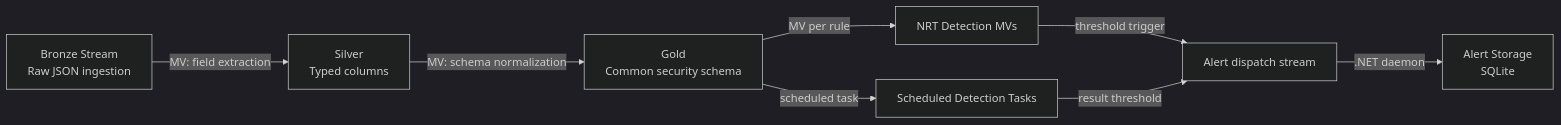
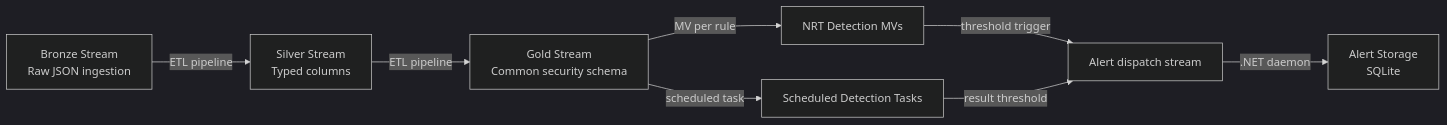
One commit to DeltaZulu-OU/DeltaZulu.Platform changed the second of 5 diagrams in docs/ARCHITECTURE.md. Above: the diagram before and after it, drawn with Mermaid (dark theme). The commit also changed other lines of this file and 6 other files, not shown here.

````diff
--- a/docs/ARCHITECTURE.md
+++ b/docs/ARCHITECTURE.md
@@ -406,10 +409,10 @@
 ```mermaid
 flowchart LR
-    B["Bronze Stream<br/>Raw JSON ingestion"] -->|MV: field extraction| S["Silver<br/>Typed columns"]
-    S -->|MV: schema normalization| G["Gold<br/>Common security schema"]
+    B["Bronze Stream<br/>Raw JSON ingestion"] -->|ETL pipeline| S["Silver Stream<br/>Typed columns"]
+    S -->|ETL pipeline| G["Gold Stream<br/>Common security schema"]
     G -->|MV per rule| NRT["NRT Detection MVs"]
     G -->|scheduled task| SCH["Scheduled Detection Tasks"]
     NRT -->|threshold trigger| A["Alert dispatch stream"]
     SCH -->|result threshold| A
     A -->|.NET daemon| DB["Alert Storage<br/>SQLite"]
 ```
````
